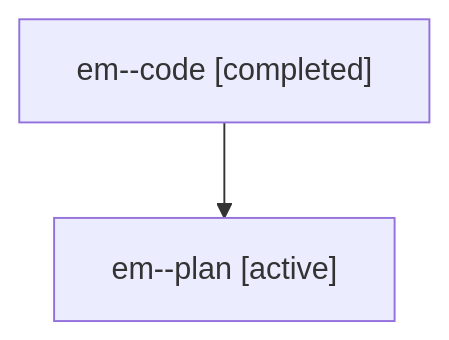
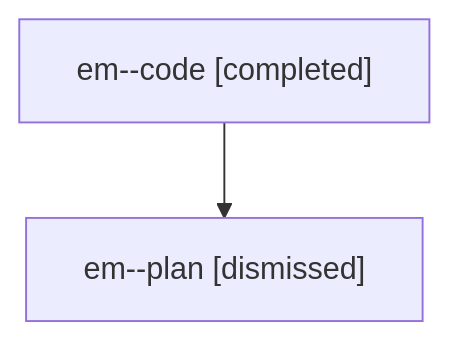
Before and after one commit to sase-org/sase--agents: the diagram in sessions/bbugyi200.athena.em.md, drawn with Mermaid. The commit also changed other lines of this file and 18 other files, not shown here.

````diff
--- a/sessions/bbugyi200.athena.em.md
+++ b/sessions/bbugyi200.athena.em.md
@@ -9,6 +9,6 @@
 ```mermaid
 flowchart TD
   n0["em--code [completed]"]
-  n1["em--plan [active]"]
+  n1["em--plan [dismissed]"]
   n0 --> n1
 ```
````
